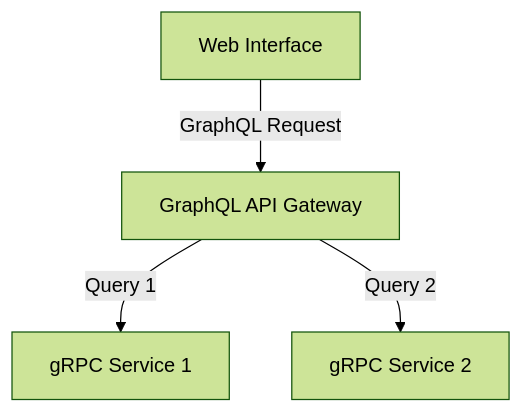
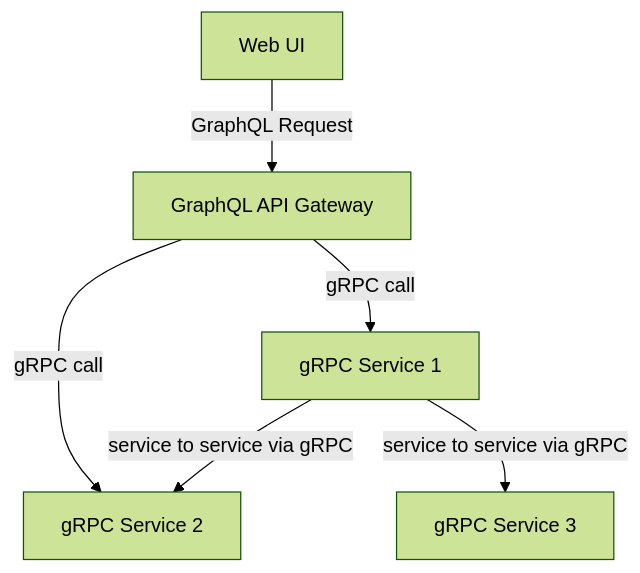
The diagram in README.md (garcios/asset-trak-portfolio), drawn with Mermaid (forest theme) before and after one commit. The commit also changed other lines of this file and 4 other files, not shown here.

````diff
--- a/README.md
+++ b/README.md
@@ -46,6 +46,8 @@
 ```mermaid
 flowchart TD
-    A[Web Interface] -->|GraphQL Request| B[GraphQL API Gateway]
-    B -->|Query 1| C[gRPC Service 1]
-    B -->|Query 2| D[gRPC Service 2]
+    A[Web UI] -->|GraphQL Request| B[GraphQL API Gateway]
+    B -->|gRPC call| C[gRPC Service 1]
+    B -->|gRPC call| D[gRPC Service 2]
+    C -->|service to service via gRPC| D[gRPC Service 2]
+    C -->|service to service via gRPC| E[gRPC Service 3]
 ```
````
